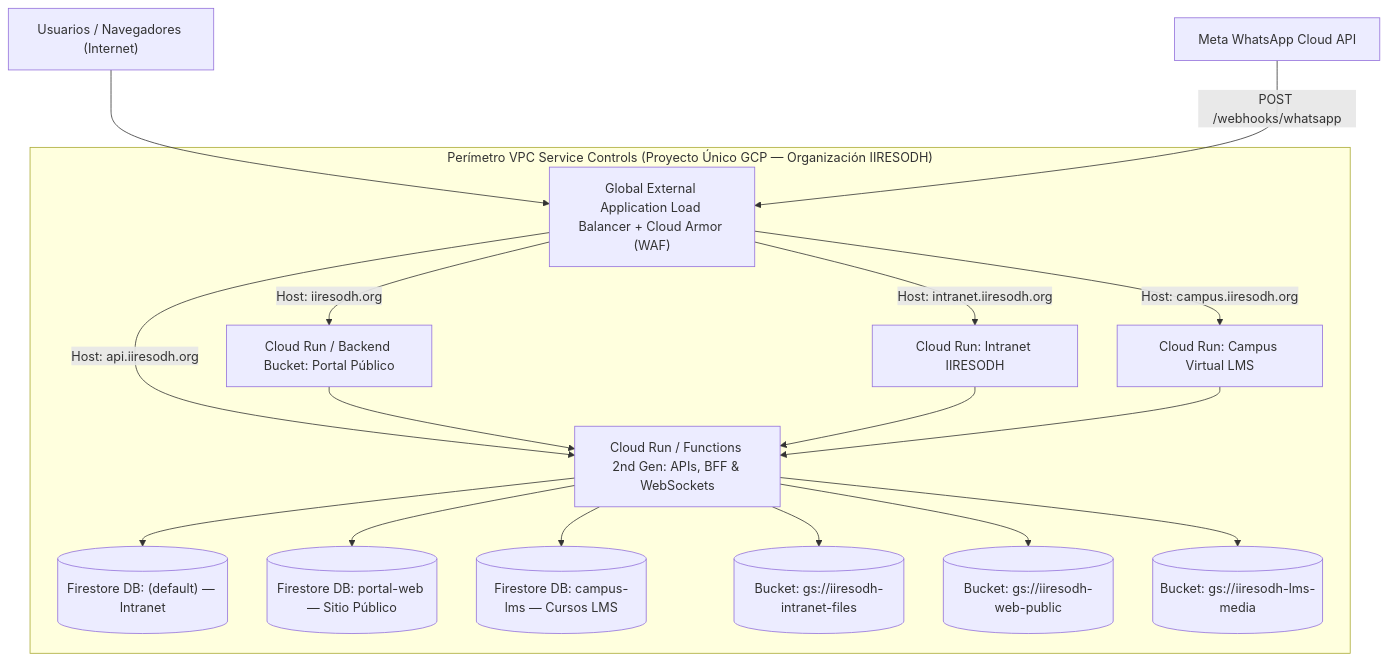
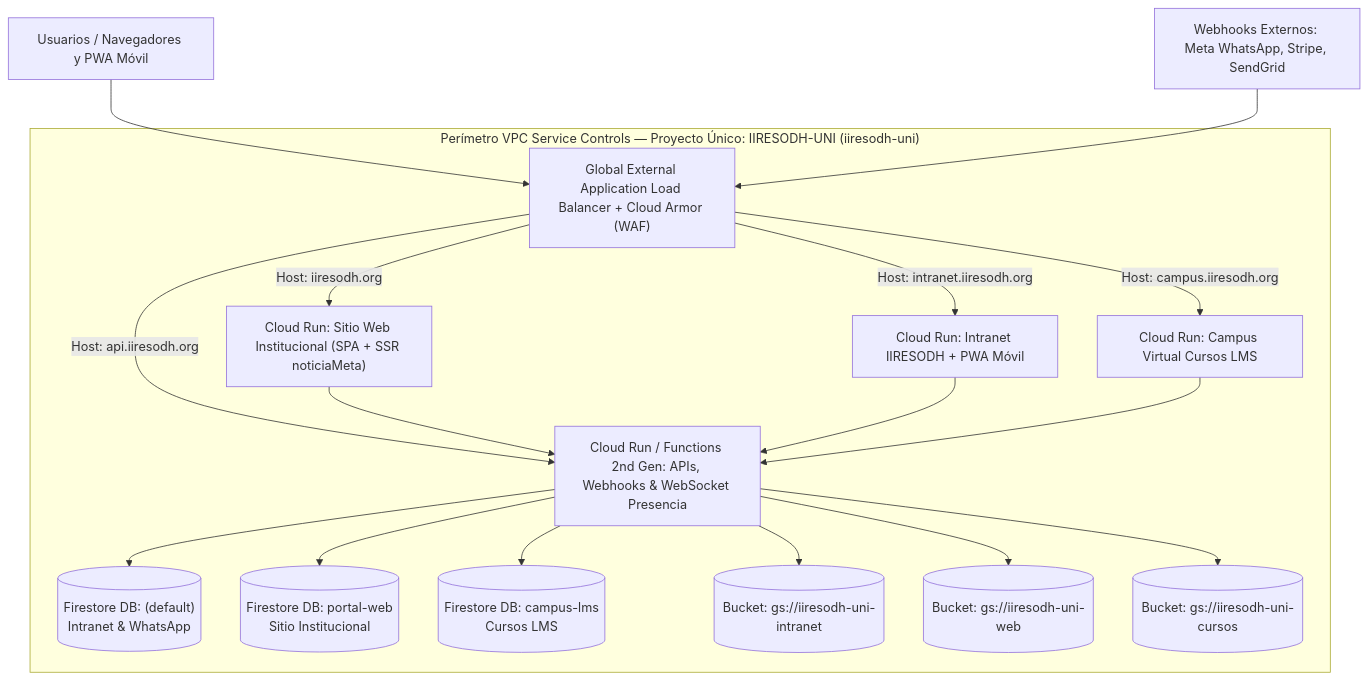
Before and after one commit to iiresodh-cr/IIRESODH-INTRANET: the diagram in docs/PLAN_UNIFICACION_GCP_VPC_SC_LOAD_BALANCING.md, drawn with Mermaid. The commit also changed other lines of this file, not shown here.

Commit message:
docs(infra): document numbered step-by-step VPC-SC migration plan and logbook for IIRESODH-UNI

````diff
--- a/docs/PLAN_UNIFICACION_GCP_VPC_SC_LOAD_BALANCING.md
+++ b/docs/PLAN_UNIFICACION_GCP_VPC_SC_LOAD_BALANCING.md
@@ -23,24 +45,24 @@
 ```mermaid
 flowchart TD
-    User["Usuarios / Navegadores (Internet)"] --> LB["Global External Application Load Balancer + Cloud Armor (WAF)"]
-    Meta["Meta WhatsApp Cloud API"] -->|"POST /webhooks/whatsapp"| LB
+    User["Usuarios / Navegadores y PWA Móvil"] --> LB["Global External Application Load Balancer + Cloud Armor (WAF)"]
+    Webhooks["Webhooks Externos: Meta WhatsApp, Stripe, SendGrid"] --> LB
 
-    subgraph Perimetro["Perímetro VPC Service Controls (Proyecto Único GCP — Organización IIRESODH)"]
-        LB -->|"Host: iiresodh.org"| WebRun["Cloud Run / Backend Bucket: Portal Público"]
-        LB -->|"Host: intranet.iiresodh.org"| IntraRun["Cloud Run: Intranet IIRESODH"]
-        LB -->|"Host: campus.iiresodh.org"| LMSRun["Cloud Run: Campus Virtual LMS"]
-        LB -->|"Host: api.iiresodh.org"| APIRun["Cloud Run / Functions 2nd Gen: APIs, BFF & WebSockets"]
+    subgraph Perimetro["Perímetro VPC Service Controls — Proyecto Único: IIRESODH-UNI (iiresodh-uni)"]
+        LB -->|"Host: iiresodh.org"| WebRun["Cloud Run: Sitio Web Institucional (SPA + SSR noticiaMeta)"]
+        LB -->|"Host: intranet.iiresodh.org"| IntraRun["Cloud Run: Intranet IIRESODH + PWA Móvil"]
+        LB -->|"Host: campus.iiresodh.org"| LMSRun["Cloud Run: Campus Virtual Cursos LMS"]
+        LB -->|"Host: api.iiresodh.org"| APIRun["Cloud Run / Functions 2nd Gen: APIs, Webhooks & WebSocket Presencia"]
 
         WebRun --> APIRun
         IntraRun --> APIRun
         LMSRun --> APIRun
 
-        APIRun --> FS1[("Firestore DB: (default) — Intranet")]
-        APIRun --> FS2[("Firestore DB: portal-web — Sitio Público")]
-        APIRun --> FS3[("Firestore DB: campus-lms — Cursos LMS")]
+        APIRun --> FS1[("Firestore DB: (default)\nIntranet & WhatsApp")]
+        APIRun --> FS2[("Firestore DB: portal-web\nSitio Institucional")]
+        APIRun --> FS3[("Firestore DB: campus-lms\nCursos LMS")]
 
-        APIRun --> GCS1[("Bucket: gs://iiresodh-intranet-files")]
-        APIRun --> GCS2[("Bucket: gs://iiresodh-web-public")]
-        APIRun --> GCS3[("Bucket: gs://iiresodh-lms-media")]
+        APIRun --> GCS1[("Bucket: gs://iiresodh-uni-intranet")]
+        APIRun --> GCS2[("Bucket: gs://iiresodh-uni-web")]
+        APIRun --> GCS3[("Bucket: gs://iiresodh-uni-cursos")]
     end
 ```
````
